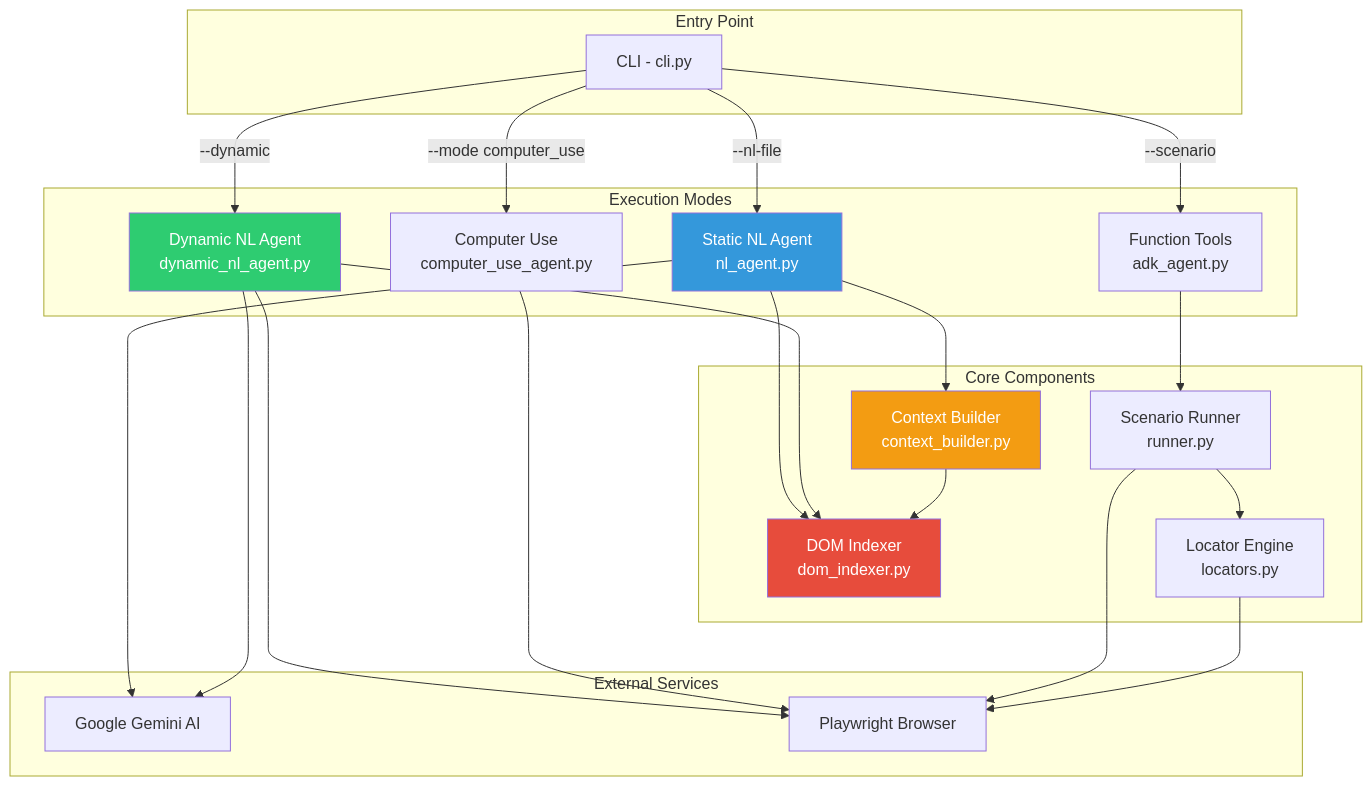
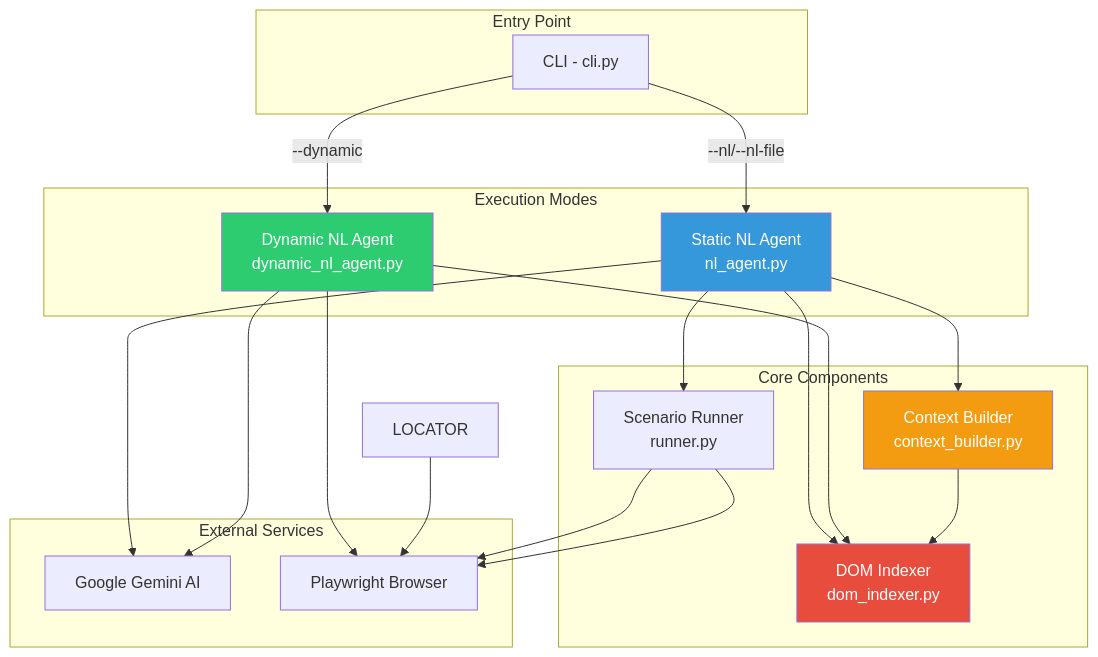
One commit to BoraTumer/ui-test-agent changed the first of 15 diagrams in ARCHITECTURE.md. Above: the diagram before and after it, drawn with Mermaid. The commit also changed other lines of this file and 10 other files, not shown here.

First line of the commit message:
refactor: Simplify to NL-only modes - remove YAML/function-tools/computer-use

````diff
--- a/ARCHITECTURE.md
+++ b/ARCHITECTURE.md
@@ -18,51 +18,44 @@
 ```mermaid
 graph TB
     subgraph "Entry Point"
         CLI[CLI - cli.py]
     end
     
     subgraph "Execution Modes"
         STATIC[Static NL Agent<br/>nl_agent.py]
         DYNAMIC[Dynamic NL Agent<br/>dynamic_nl_agent.py]
-        FUNCTION[Function Tools<br/>adk_agent.py]
-        COMPUTER[Computer Use<br/>computer_use_agent.py]
     end
     
     subgraph "Core Components"
         DOM[DOM Indexer<br/>dom_indexer.py]
         CONTEXT[Context Builder<br/>context_builder.py]
         RUNNER[Scenario Runner<br/>runner.py]
-        LOCATOR[Locator Engine<br/>locators.py]
     end
     
     subgraph "External Services"
         GEMINI[Google Gemini AI]
         PLAYWRIGHT[Playwright Browser]
     end
     
+    CLI -->|--nl/--nl-file| STATIC
     CLI -->|--dynamic| DYNAMIC
-    CLI -->|--nl-file| STATIC
-    CLI -->|--scenario| FUNCTION
-    CLI -->|--mode computer_use| COMPUTER
     
     STATIC --> CONTEXT
     STATIC --> DOM
     STATIC --> GEMINI
+    STATIC --> RUNNER
     
     DYNAMIC --> DOM
     DYNAMIC --> GEMINI
     DYNAMIC --> PLAYWRIGHT
     
-    FUNCTION --> RUNNER
-    COMPUTER --> PLAYWRIGHT
-    
     CONTEXT --> DOM
-    RUNNER --> LOCATOR
+    RUNNER --> PLAYWRIGHT
     RUNNER --> PLAYWRIGHT
     LOCATOR --> PLAYWRIGHT
     
     style DYNAMIC fill:#2ecc71,color:#fff
     style STATIC fill:#3498db,color:#fff
     style DOM fill:#e74c3c,color:#fff
     style CONTEXT fill:#f39c12,color:#fff
 ```
````
